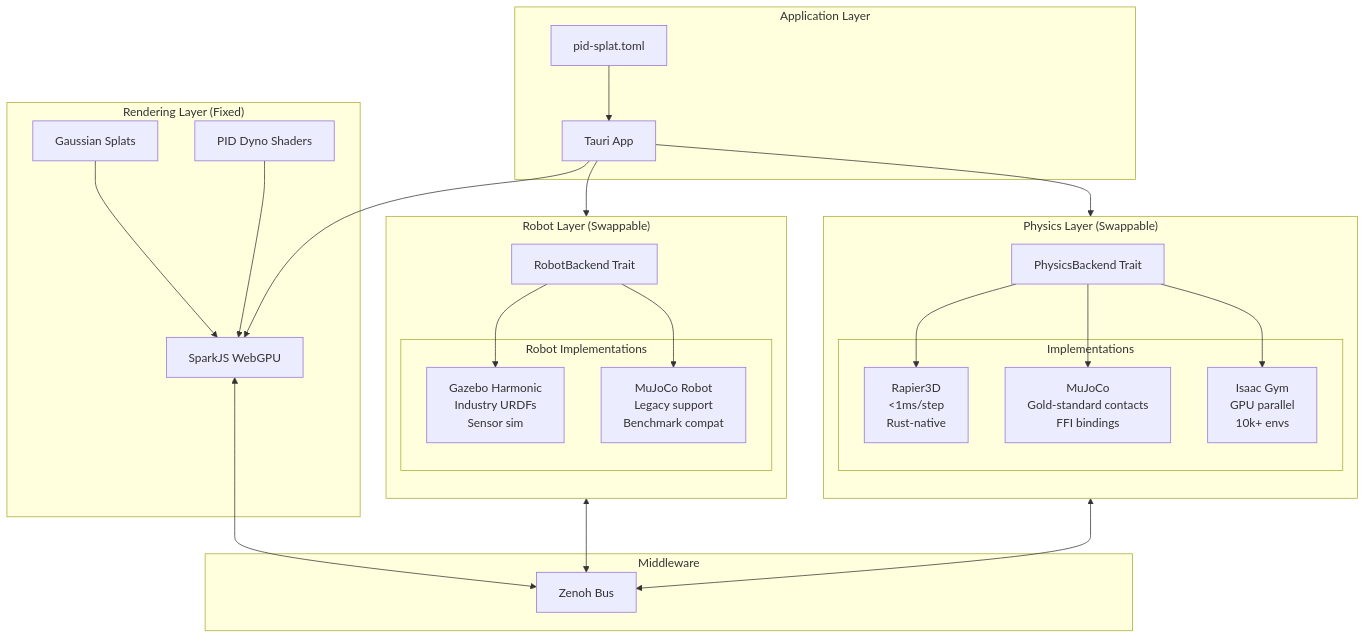
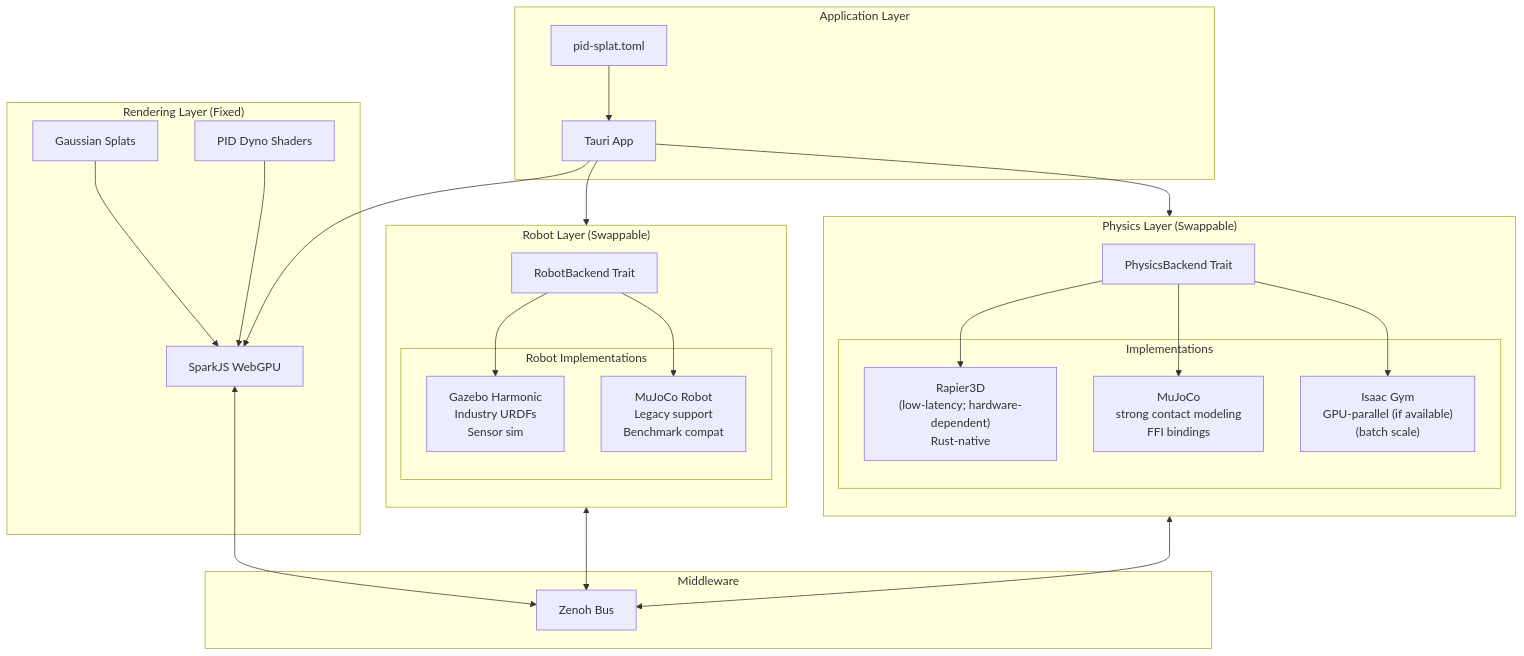
Before and after one commit to sepahead/prisoma: the fourth of 10 diagrams in DIAGRAMS.md, drawn with Mermaid. The commit also changed other lines of this file and 8 other files, not shown here.

````diff
--- a/DIAGRAMS.md
+++ b/DIAGRAMS.md
@@ -149,57 +149,57 @@
 ```mermaid
 graph TB
     subgraph "Application Layer"
         Tauri[Tauri App]
         Config[pid-splat.toml]
     end
 
     subgraph "Rendering Layer (Fixed)"
         Splats[Gaussian Splats]
         SparkJS[SparkJS WebGPU]
         Dynos[PID Dyno Shaders]
         
         Splats --> SparkJS
         Dynos --> SparkJS
     end
 
     subgraph "Physics Layer (Swappable)"
         direction TB
         PhysTrait[PhysicsBackend Trait]
         
         subgraph "Implementations"
-            Rapier["Rapier3D\n<1ms/step\nRust-native"]
-            MuJoCo["MuJoCo\nGold-standard contacts\nFFI bindings"]
-            Isaac["Isaac Gym\nGPU parallel\n10k+ envs"]
+            Rapier["Rapier3D\n(low-latency; hardware-dependent)\nRust-native"]
+            MuJoCo["MuJoCo\nstrong contact modeling\nFFI bindings"]
+            Isaac["Isaac Gym\nGPU-parallel (if available)\n(batch scale)"]
         end
         
         PhysTrait --> Rapier
         PhysTrait --> MuJoCo
         PhysTrait --> Isaac
     end
 
     subgraph "Robot Layer (Swappable)"
         direction TB
         RobotTrait[RobotBackend Trait]
         
         subgraph "Robot Implementations"
             GazeboRobot["Gazebo Harmonic\nIndustry URDFs\nSensor sim"]
             MuJoCoRobot["MuJoCo Robot\nLegacy support\nBenchmark compat"]
         end
         
         RobotTrait --> GazeboRobot
         RobotTrait --> MuJoCoRobot
     end
 
     subgraph "Middleware"
         Zenoh[Zenoh Bus]
     end
 
     Config --> Tauri
     Tauri --> SparkJS
     Tauri --> PhysTrait
     Tauri --> RobotTrait
     
     PhysTrait <--> Zenoh
     RobotTrait <--> Zenoh
     SparkJS <--> Zenoh
 ```
````
